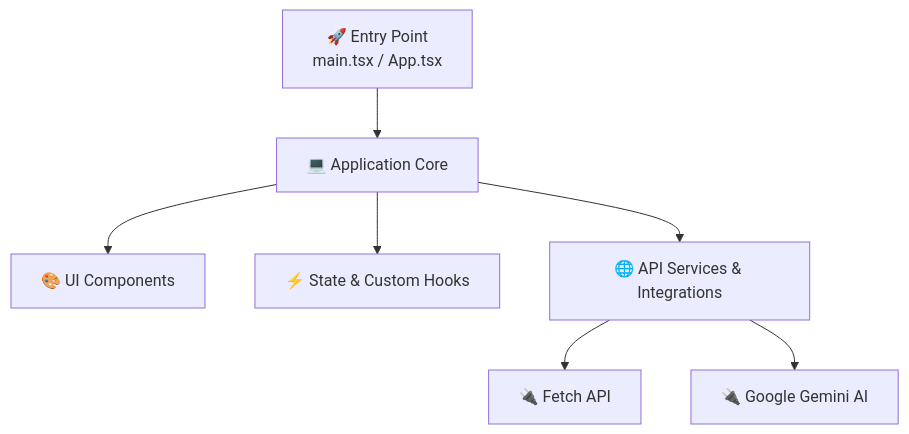
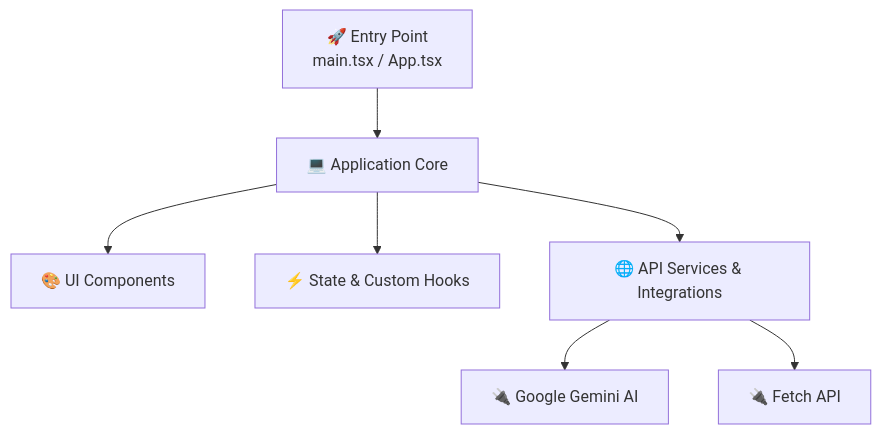
One commit to halilogia/LifeOS changed the diagram in ARCHITECTURE_AUTO_GENERATED.md. Above: the diagram before and after it, drawn with Mermaid. The commit also changed other lines of this file and 20 other files, not shown here.

````diff
--- a/ARCHITECTURE_AUTO_GENERATED.md
+++ b/ARCHITECTURE_AUTO_GENERATED.md
@@ -29,9 +29,9 @@
 ```mermaid
 graph TD
     Entry[🚀 Entry Point<br/>main.tsx / App.tsx] --> App[💻 Application Core]
     App --> UI[🎨 UI Components]
     App --> State[⚡ State & Custom Hooks]
     App --> API[🌐 API Services & Integrations]
+    API --> Google_Gemini_AI[🔌 Google Gemini AI]
     API --> Fetch_API[🔌 Fetch API]
-    API --> Google_Gemini_AI[🔌 Google Gemini AI]
 ```
````
